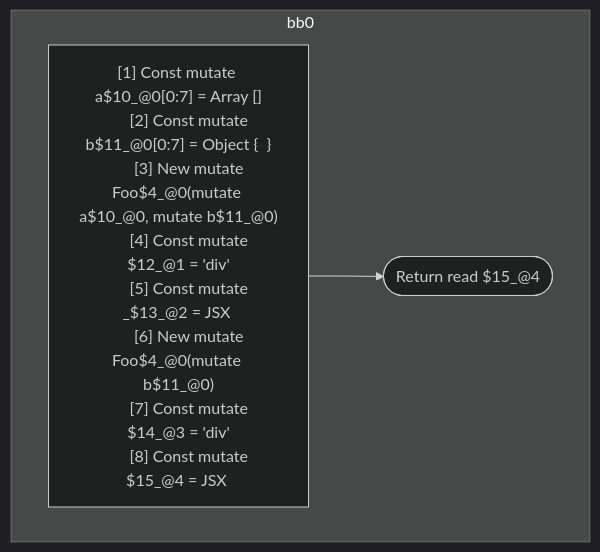
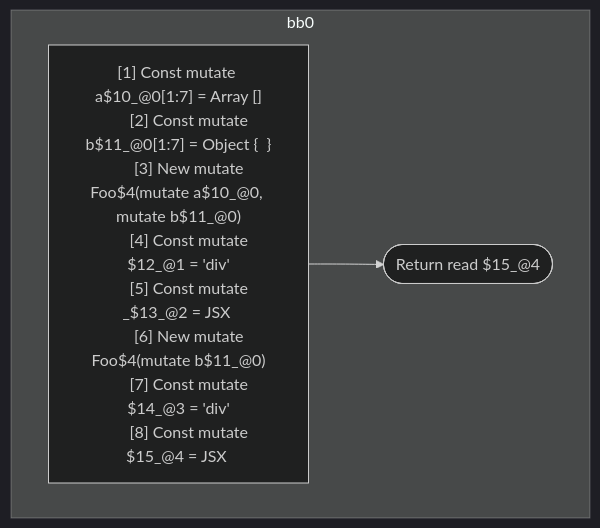
Before and after one commit to wutsmog/private: the second of 2 diagrams in compiler/forget/src/__tests__/fixtures/hir/constructor.expect.md, drawn with Mermaid (dark theme). The commit also changed other lines of this file and 100 other files, not shown here.

````diff
--- a/compiler/forget/src/__tests__/fixtures/hir/constructor.expect.md
+++ b/compiler/forget/src/__tests__/fixtures/hir/constructor.expect.md
@@ -68,20 +103,20 @@
 ```mermaid
 flowchart TB
   %% Basic Blocks
   subgraph bb0
     bb0_instrs["
-      [1] Const mutate a$10_@0[0:7] = Array []
-      [2] Const mutate b$11_@0[0:7] = Object {  }
-      [3] New mutate Foo$4_@0(mutate a$10_@0, mutate b$11_@0)
+      [1] Const mutate a$10_@0[1:7] = Array []
+      [2] Const mutate b$11_@0[1:7] = Object {  }
+      [3] New mutate Foo$4(mutate a$10_@0, mutate b$11_@0)
       [4] Const mutate $12_@1 = 'div'
       [5] Const mutate _$13_@2 = JSX <read $12_@1 a={freeze a$10_@0} ></read $12_@1>
-      [6] New mutate Foo$4_@0(mutate b$11_@0)
+      [6] New mutate Foo$4(mutate b$11_@0)
       [7] Const mutate $14_@3 = 'div'
       [8] Const mutate $15_@4 = JSX <read $14_@3 a={read a$10_@0} b={freeze b$11_@0} ></read $14_@3>
     "]
     bb0_instrs --> bb0_terminal(["Return read $15_@4"])
   end
 
   %% Jumps
   %% empty
 ```
````
